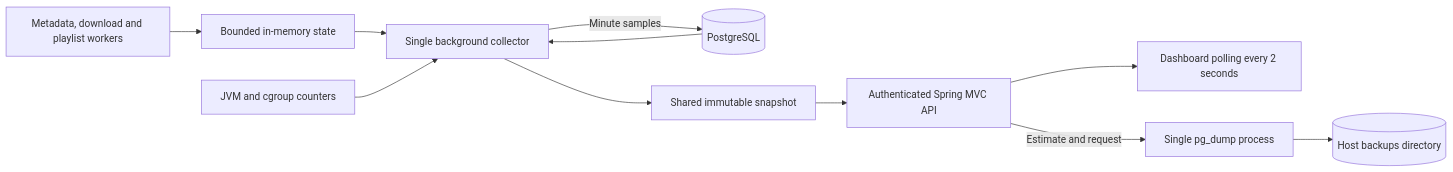
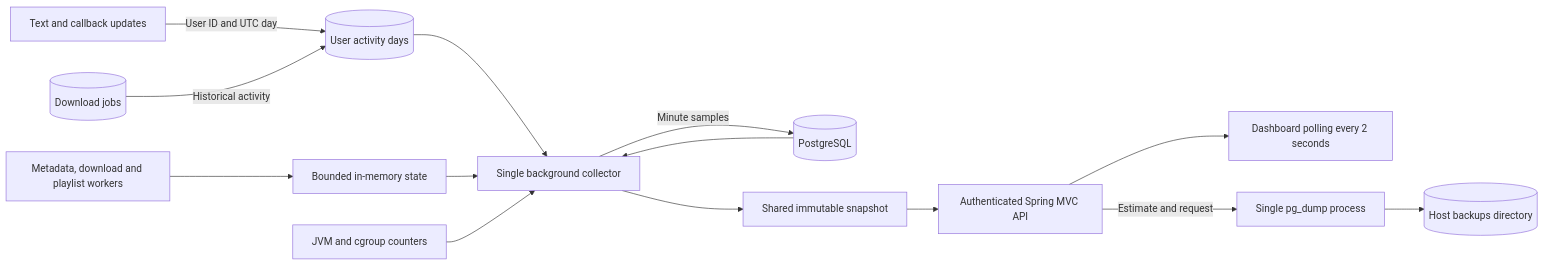
The diagram in README.md (nkudrin713/kradnik), drawn with Mermaid before and after one commit. The commit also changed other lines of this file and 12 other files, not shown here.

````diff
--- a/README.md
+++ b/README.md
@@ -105,13 +105,16 @@
 ```mermaid
 flowchart LR
     Workers[Metadata, download and playlist workers] --> Runtime[Bounded in-memory state]
+    Telegram[Text and callback updates] -->|User ID and UTC day| Activity[(User activity days)]
+    Jobs[(Download jobs)] -->|Historical activity| Activity
     Postgres[(PostgreSQL)] --> Collector[Single background collector]
+    Activity --> Collector
     Runtime --> Collector
     JVM[JVM and cgroup counters] --> Collector
     Collector -->|Minute samples| Postgres
     Collector --> Snapshot[Shared immutable snapshot]
     Snapshot --> API[Authenticated Spring MVC API]
     API --> Browser[Dashboard polling every 2 seconds]
     API -->|Estimate and request| Backup[Single pg_dump process]
     Backup --> Disk[(Host backups directory)]
 ```
````
